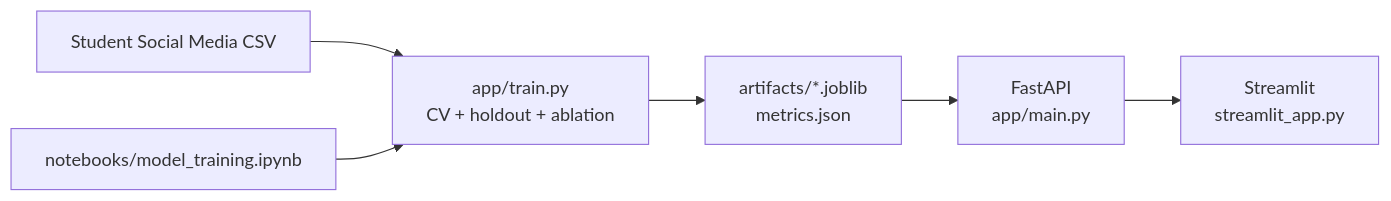
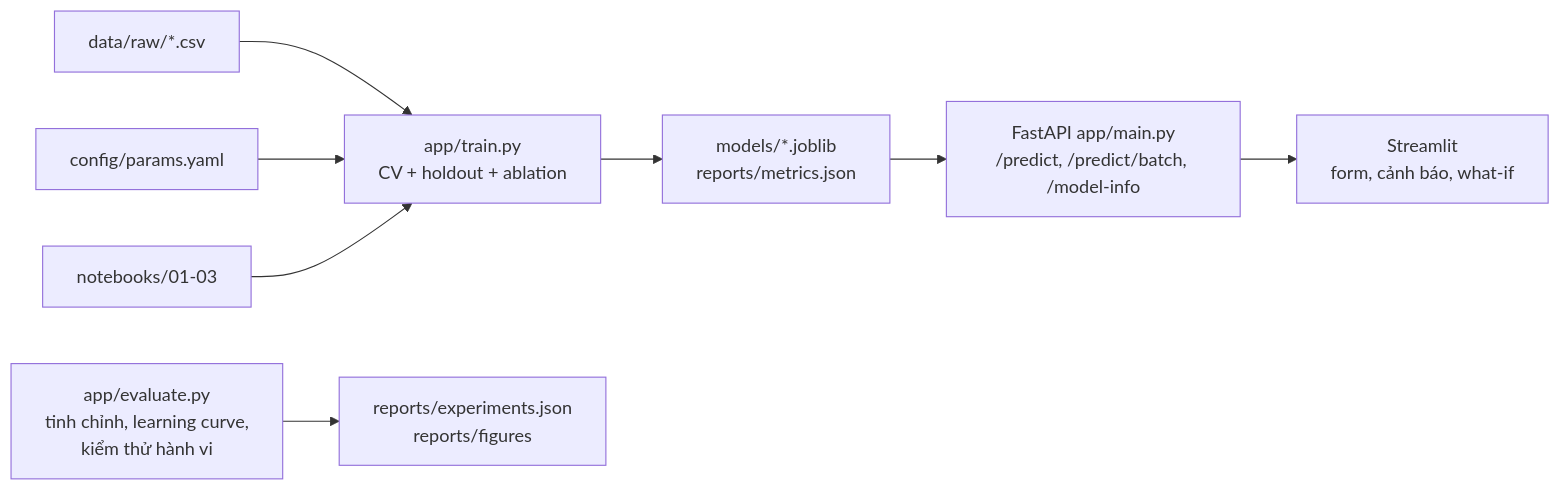
One commit to cfthanh12/ML_SK changed the diagram in README.md. Above: the diagram before and after it, drawn with Mermaid. The commit also changed other lines of this file and 62 other files, not shown here.

Commit message:
v1.2.0: gop ban nop + cai tien (params.yaml, evaluate.py, canh bao API, /predict/batch, 86 test, bao cao v2)

````diff
--- a/README.md
+++ b/README.md
@@ -22,8 +19,10 @@
 ```mermaid
 flowchart LR
-    CSV["Student Social Media CSV"] --> TRAIN["app/train.py<br/>CV + holdout + ablation"]
-    NB["notebooks/model_training.ipynb"] --> TRAIN
-    TRAIN --> ART["artifacts/*.joblib<br/>metrics.json"]
-    ART --> API["FastAPI<br/>app/main.py"]
-    API --> UI["Streamlit<br/>streamlit_app.py"]
+    CSV["data/raw/*.csv"] --> TRAIN["app/train.py<br/>CV + holdout + ablation"]
+    CFG["config/params.yaml"] --> TRAIN
+    NB["notebooks/01-03"] --> TRAIN
+    TRAIN --> ART["models/*.joblib<br/>reports/metrics.json"]
+    EVAL["app/evaluate.py<br/>tinh chỉnh, learning curve,<br/>kiểm thử hành vi"] --> REP["reports/experiments.json<br/>reports/figures"]
+    ART --> API["FastAPI app/main.py<br/>/predict, /predict/batch, /model-info"]
+    API --> UI["Streamlit<br/>form, cảnh báo, what-if"]
 ```
````
